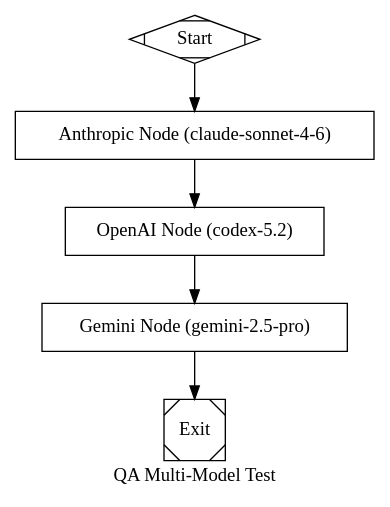
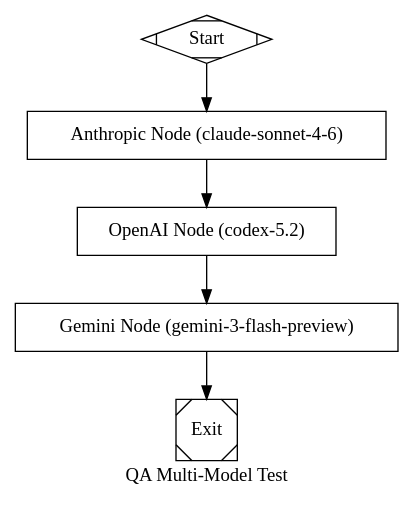
The diagram in dotfiles/qa-multimodel.dot (johnnyhchen/soulcaster), drawn with Graphviz before and after one commit. The commit also changed 249 other files, not shown here.

```diff
--- a/dotfiles/qa-multimodel.dot
+++ b/dotfiles/qa-multimodel.dot
@@ -1,61 +1,61 @@
 digraph attractor_run {
     // ─── Pipeline Configuration ──────────────────────────────────────
     goal = "Test multi-provider routing by having three different LLMs each write their provider name to a file."
     label = "QA Multi-Model Test"
     default_max_retry = 1
 
     // ─── Model Stylesheet ────────────────────────────────────────────
     //  Default: Anthropic claude-sonnet-4-6
     //  .codex:  OpenAI codex-5.3
-    //  .gemini: Google gemini-3.0-pro-preview
+    //  .gemini: Google gemini-3-flash-preview
     // ─────────────────────────────────────────────────────────────────
     model_stylesheet = "
         * { provider = \"anthropic\"; model = \"claude-sonnet-4-6\" }
         .codex  { provider = \"openai\";  model = \"codex-5.2\" }
-        .gemini { provider = \"gemini\";  model = \"gemini-2.5-pro\" }
+        .gemini { provider = \"gemini\";  model = \"gemini-3-flash-preview\" }
     "
 
     // ─── Defaults ────────────────────────────────────────────────────
     node [shape=box]
 
     // ═══════════════════════════════════════════════════════════════════
     //  TERMINALS
     // ═══════════════════════════════════════════════════════════════════
     start [shape=Mdiamond, label="Start"]
     exit  [shape=Msquare,  label="Exit"]
 
     // ═══════════════════════════════════════════════════════════════════
     //  Three nodes, each routed to a different LLM provider.
     // ═══════════════════════════════════════════════════════════════════
 
     anthropic_node [
         label="Anthropic Node (claude-sonnet-4-6)",
         prompt="You are running on Anthropic Claude. Write the exact text 'provider=anthropic model=claude-sonnet-4-6' to logs/multimodel/ANTHROPIC-1.md.
 
 That is all."
     ]
 
     openai_node [
         class="codex",
         label="OpenAI Node (codex-5.2)",
         prompt="You are running on OpenAI Codex. Write the exact text 'provider=openai model=codex-5.2' to logs/multimodel/OPENAI-1.md.
 
 That is all."
     ]
 
     gemini_node [
         class="gemini",
-        label="Gemini Node (gemini-2.5-pro)",
-        prompt="You are running on Google Gemini. Write the exact text 'provider=gemini model=gemini-2.5-pro' to logs/multimodel/GEMINI-1.md.
+        label="Gemini Node (gemini-3-flash-preview)",
+        prompt="You are running on Google Gemini. Write the exact text 'provider=gemini model=gemini-3-flash-preview' to logs/multimodel/GEMINI-1.md.
 
 That is all."
     ]
 
     // ═══════════════════════════════════════════════════════════════════
     //  EDGES — sequential through all three providers
     // ═══════════════════════════════════════════════════════════════════
     start -> anthropic_node
     anthropic_node -> openai_node
     openai_node -> gemini_node
     gemini_node -> exit
 }
```
